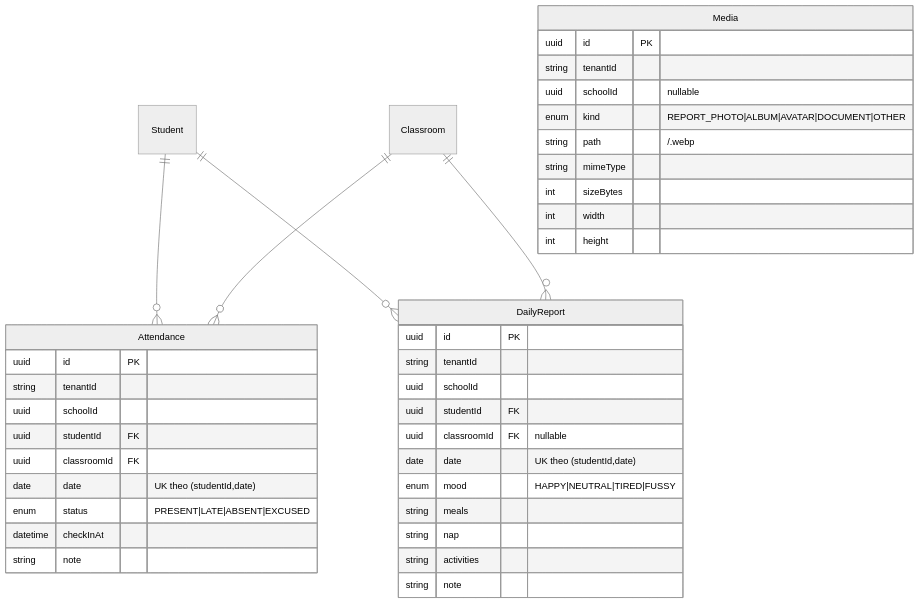
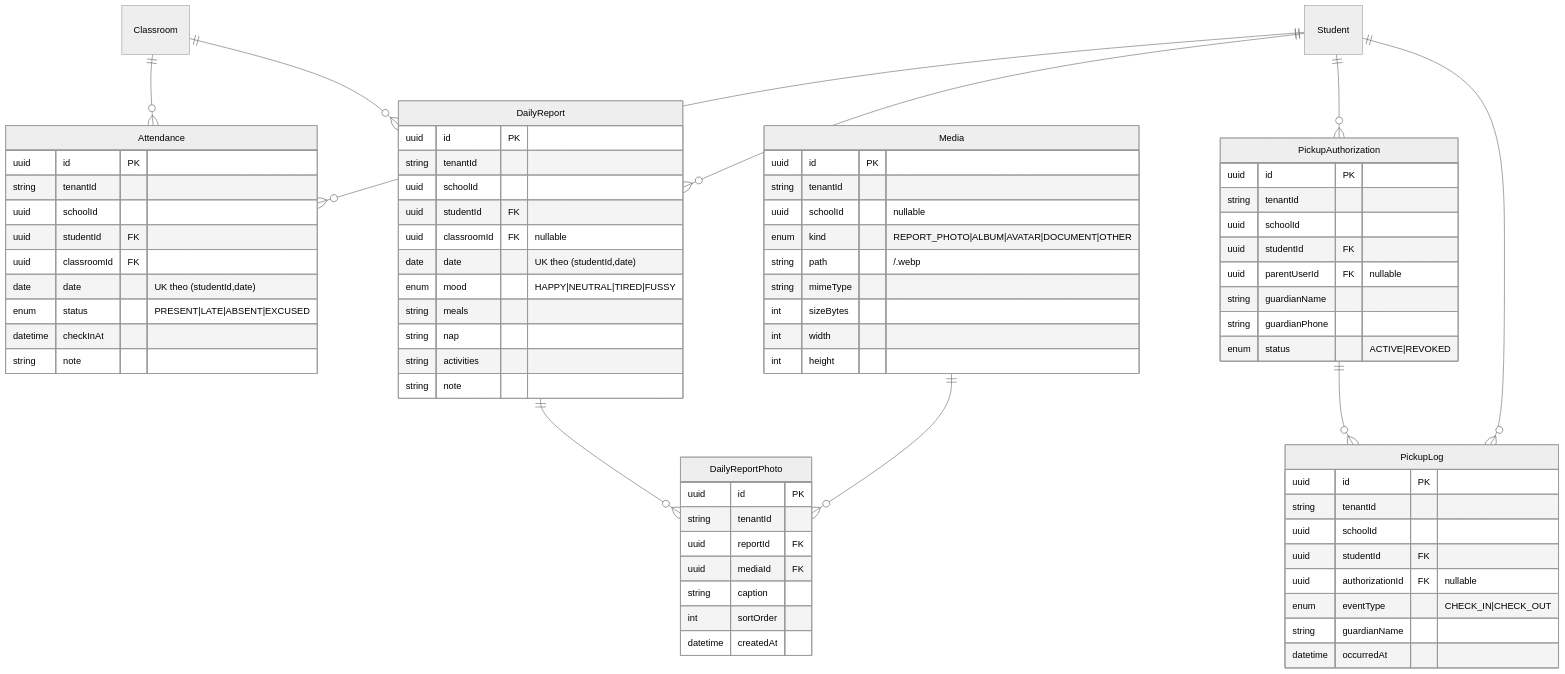
One commit to thanhquing/kimthanh-kids changed the third of 8 diagrams in kids-documentation/DATABASE_ERD.md. Above: the diagram before and after it, drawn with Mermaid (neutral theme). The commit also changed other lines of this file and 52 other files, not shown here.

First line of the commit message:
feat(seed): demo tenant 3 tháng lịch sử + ảnh thật + đón-trả/report photos

````diff
--- a/kids-documentation/DATABASE_ERD.md
+++ b/kids-documentation/DATABASE_ERD.md
@@ -321,43 +321,77 @@
 ```mermaid
 erDiagram
   Student ||--o{ Attendance : ""
   Classroom ||--o{ Attendance : ""
   Student ||--o{ DailyReport : ""
   Classroom ||--o{ DailyReport : ""
+  DailyReport ||--o{ DailyReportPhoto : ""
+  Media ||--o{ DailyReportPhoto : ""
+  Student ||--o{ PickupAuthorization : ""
+  Student ||--o{ PickupLog : ""
+  PickupAuthorization ||--o{ PickupLog : ""
 
   Attendance {
     uuid id PK
     string tenantId
     uuid schoolId
     uuid studentId FK
     uuid classroomId FK
     date date "UK theo (studentId,date)"
     enum status "PRESENT|LATE|ABSENT|EXCUSED"
     datetime checkInAt
     string note
   }
   DailyReport {
     uuid id PK
     string tenantId
     uuid schoolId
     uuid studentId FK
     uuid classroomId FK "nullable"
     date date "UK theo (studentId,date)"
     enum mood "HAPPY|NEUTRAL|TIRED|FUSSY"
     string meals
     string nap
     string activities
     string note
   }
+  DailyReportPhoto {
+    uuid id PK
+    string tenantId
+    uuid reportId FK
+    uuid mediaId FK
+    string caption
+    int sortOrder
+    datetime createdAt
+  }
+  PickupAuthorization {
+    uuid id PK
+    string tenantId
+    uuid schoolId
+    uuid studentId FK
+    uuid parentUserId FK "nullable"
+    string guardianName
+    string guardianPhone
+    enum status "ACTIVE|REVOKED"
+  }
+  PickupLog {
+    uuid id PK
+    string tenantId
+    uuid schoolId
+    uuid studentId FK
+    uuid authorizationId FK "nullable"
+    enum eventType "CHECK_IN|CHECK_OUT"
+    string guardianName
+    datetime occurredAt
+  }
   Media {
     uuid id PK
     string tenantId
     uuid schoolId "nullable"
     enum kind "REPORT_PHOTO|ALBUM|AVATAR|DOCUMENT|OTHER"
     string path "<tenantId>/<id>.webp"
     string mimeType
     int sizeBytes
     int width
     int height
   }
 ```
````
